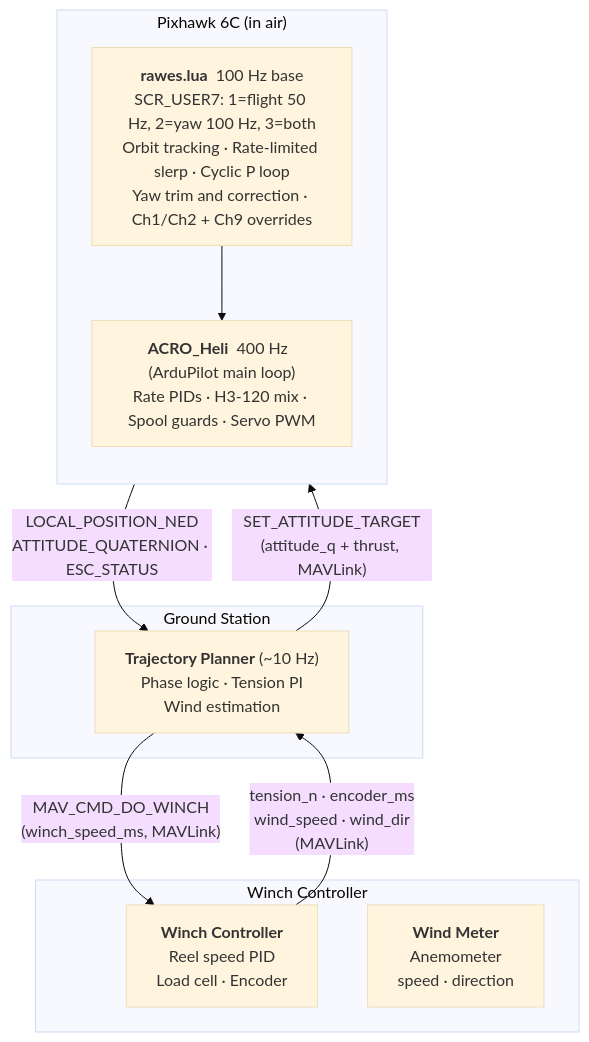
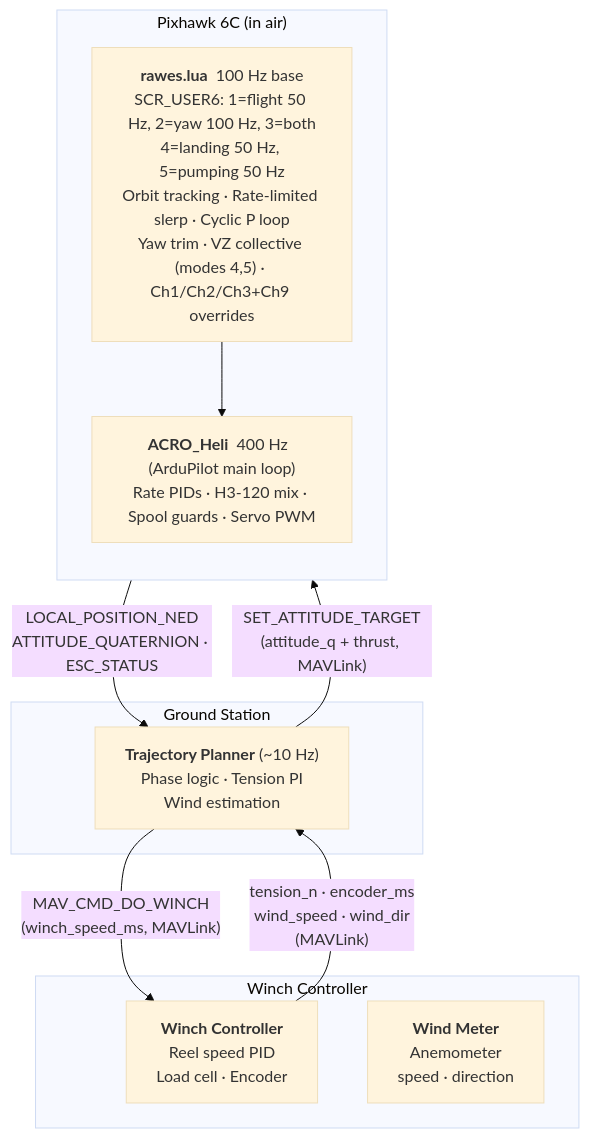
The first of 3 diagrams in system/stack.md (mcroomp/windpower), drawn with Mermaid (base theme) before and after one commit. The commit also changed other lines of this file and 39 other files, not shown here.

````diff
--- a/system/stack.md
+++ b/system/stack.md
@@ -14,23 +14,23 @@
 ```mermaid
 flowchart TB
     subgraph WC["Winch Controller"]
         WCI["<b>Winch Controller</b><BR/>Reel speed PID<BR/>Load cell · Encoder"]
         WM["<b>Wind Meter</b><BR/>Anemometer<BR/>speed · direction"]
     end
 
     subgraph GS["Ground Station"]
         TP["<b>Trajectory Planner</b> (~10 Hz)<BR/>Phase logic · Tension PI<BR/>Wind estimation"]
     end
 
     subgraph PX["Pixhawk 6C (in air)"]
         direction TB
-        LUA["<b>rawes.lua</b>  100 Hz base<BR/>SCR_USER7: 1=flight 50 Hz, 2=yaw 100 Hz, 3=both<BR/>Orbit tracking · Rate-limited slerp · Cyclic P loop<BR/>Yaw trim and correction · Ch1/Ch2 + Ch9 overrides"]
+        LUA["<b>rawes.lua</b>  100 Hz base<BR/>SCR_USER6: 1=flight 50 Hz, 2=yaw 100 Hz, 3=both<BR/>4=landing 50 Hz, 5=pumping 50 Hz<BR/>Orbit tracking · Rate-limited slerp · Cyclic P loop<BR/>Yaw trim · VZ collective (modes 4,5) · Ch1/Ch2/Ch3+Ch9 overrides"]
         ACRO["<b>ACRO_Heli</b>  400 Hz  (ArduPilot main loop)<BR/>Rate PIDs · H3-120 mix · Spool guards · Servo PWM"]
         LUA --> ACRO
     end
 
     TP -->|"MAV_CMD_DO_WINCH<BR/>(winch_speed_ms, MAVLink)"| WCI
     WCI -->|"tension_n · encoder_ms<BR/>wind_speed · wind_dir<BR/>(MAVLink)"| TP
     TP -->|"SET_ATTITUDE_TARGET<BR/>(attitude_q + thrust, MAVLink)"| PX
     PX -->|"LOCAL_POSITION_NED<BR/>ATTITUDE_QUATERNION · ESC_STATUS"| TP
 ```
````
